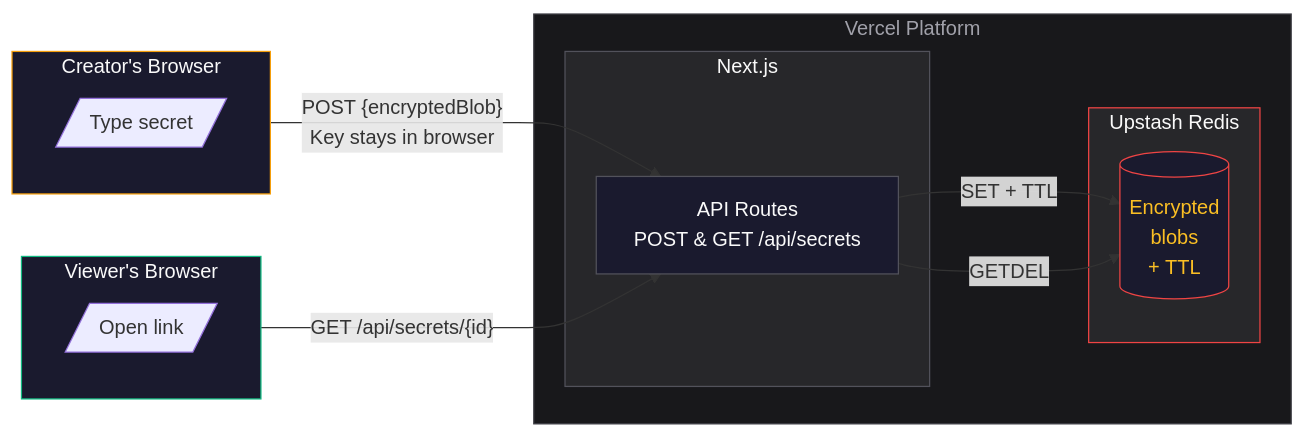
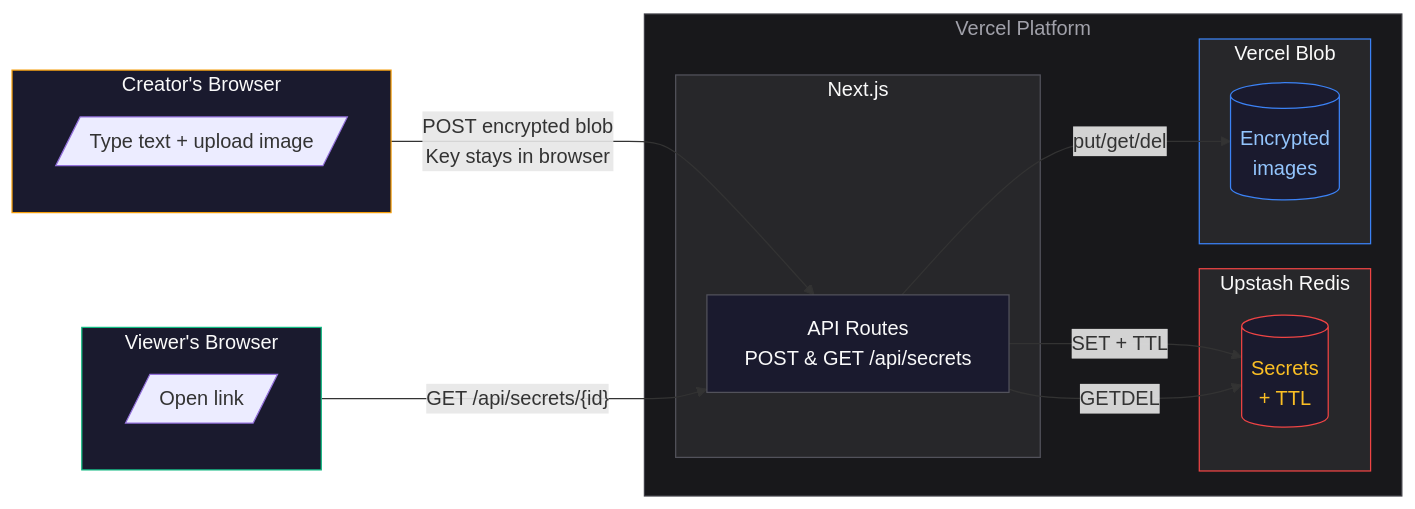
Before and after one commit to Zeeshan-Hamid/Secret-Manager: the first of 5 diagrams in README.md, drawn with Mermaid. The commit also changed other lines of this file and 11 other files, not shown here.

Commit message:
Added vercel blobs to handle images

````diff
--- a/README.md
+++ b/README.md
@@ -51,32 +51,38 @@
 ```mermaid
 flowchart LR
     subgraph Creator["Creator's Browser"]
-        C[/"Type secret"/]
+        C[/"Type text + upload image"/]
     end
 
     subgraph Viewer["Viewer's Browser"]
         V[/"Open link"/]
     end
 
     subgraph Vercel["Vercel Platform"]
         subgraph NextJS["Next.js"]
             API["API Routes<br/>POST & GET /api/secrets"]
         end
         subgraph Redis["Upstash Redis"]
-            DB[("Encrypted<br/>blobs<br/>+ TTL")]
+            DB[("Secrets<br/>+ TTL")]
+        end
+        subgraph Blob["Vercel Blob"]
+            FS[("Encrypted<br/>images")]
         end
     end
 
-    Creator -->|"POST {encryptedBlob}<br/>Key stays in browser"| API
+    Creator -->|"POST encrypted blob<br/>Key stays in browser"| API
     Viewer -->|"GET /api/secrets/{id}"| API
     API -->|"SET + TTL"| DB
     API -->|"GETDEL"| DB
+    API -->|"put/get/del"| FS
 
     style Creator fill:#1a1a2e,stroke:#f59e0b,color:#fafafa
     style Viewer fill:#1a1a2e,stroke:#10b981,color:#fafafa
     style Vercel fill:#18181b,stroke:#3f3f46,color:#a1a1aa
     style NextJS fill:#27272a,stroke:#52525b,color:#fafafa
     style Redis fill:#27272a,stroke:#ef4444,color:#fafafa
+    style Blob fill:#27272a,stroke:#3b82f6,color:#fafafa
     style DB fill:#1a1a2e,stroke:#ef4444,color:#fbbf24
+    style FS fill:#1a1a2e,stroke:#3b82f6,color:#93c5fd
     style API fill:#1a1a2e,stroke:#52525b,color:#fafafa
 ```
````
